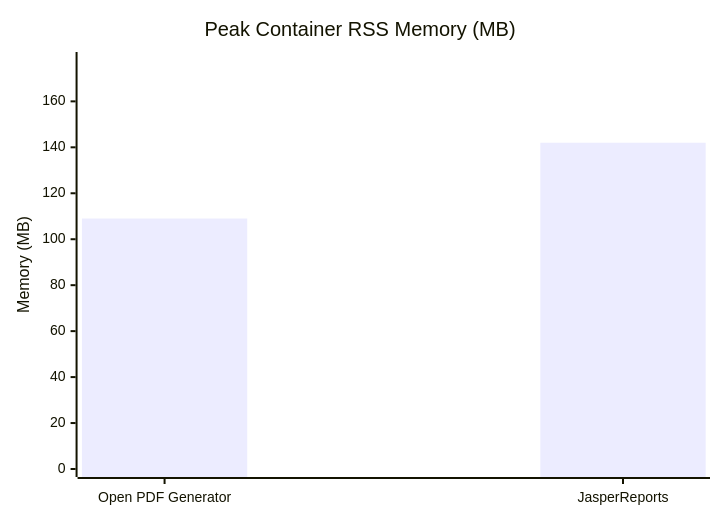
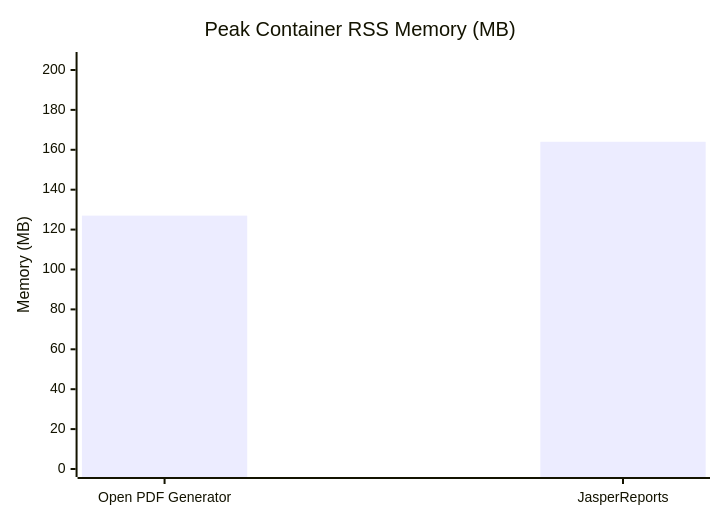
Before and after one commit to adilsoncruz/open-pdf-generator: the second of 3 diagrams in docs/lib/benchmark.md, drawn with Mermaid. The commit also changed other lines of this file, not shown here.

````diff
--- a/docs/lib/benchmark.md
+++ b/docs/lib/benchmark.md
@@ -120,7 +120,7 @@
 ```mermaid
 xychart-beta
     title "Peak Container RSS Memory (MB)"
     x-axis ["Open PDF Generator", "JasperReports"]
-    y-axis "Memory (MB)" 0 --> 178
-    bar [109, 142]
+    y-axis "Memory (MB)" 0 --> 205
+    bar [127, 164]
 ```
````
